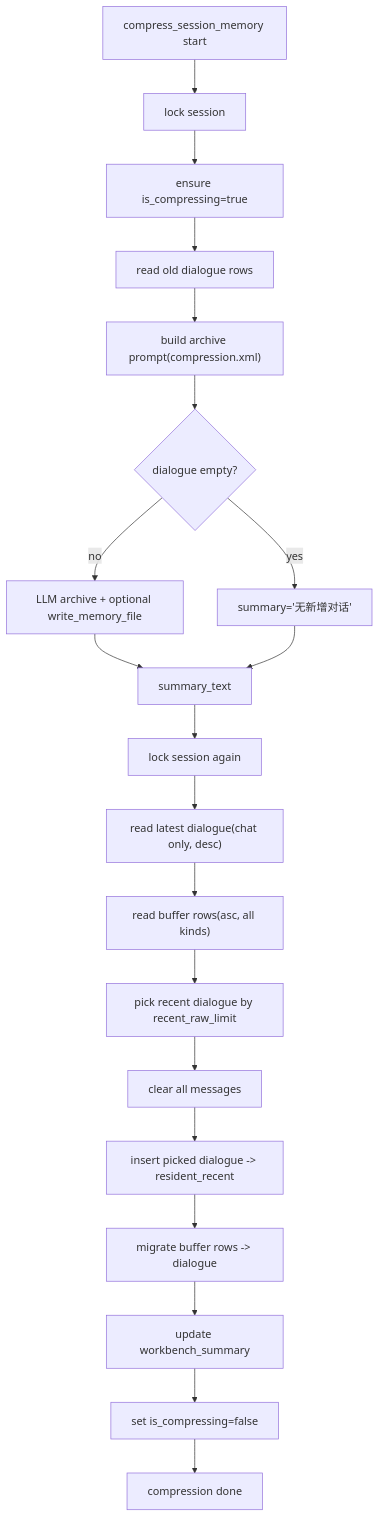
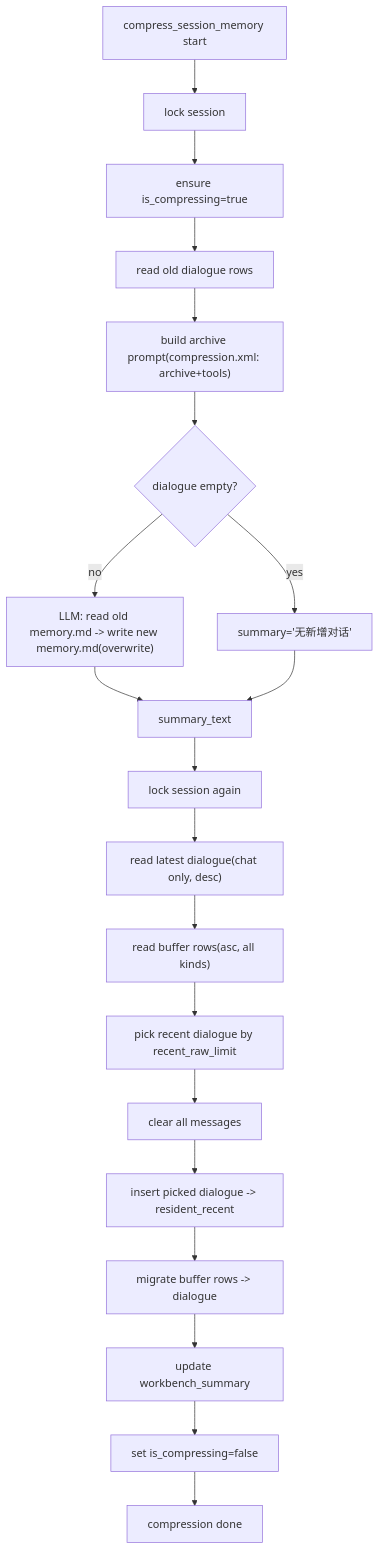
The sixth of 6 diagrams in docs/state_and_persistence.md (tamakara/agent-demo), drawn with Mermaid before and after one commit. The commit also changed other lines of this file and 7 other files, not shown here.

````diff
--- a/docs/state_and_persistence.md
+++ b/docs/state_and_persistence.md
@@ -287,22 +288,22 @@
 ```mermaid
 flowchart TD
     A["compress_session_memory start"] --> B["lock session"]
     B --> C["ensure is_compressing=true"]
     C --> D["read old dialogue rows"]
-    D --> E["build archive prompt(compression.xml)"]
+    D --> E["build archive prompt(compression.xml: archive+tools)"]
     E --> F{"dialogue empty?"}
-    F -- no --> G["LLM archive + optional write_memory_file"]
+    F -- no --> G["LLM: read old memory.md -> write new memory.md(overwrite)"]
     F -- yes --> H["summary='无新增对话'"]
     G --> I["summary_text"]
     H --> I
     I --> J["lock session again"]
     J --> K["read latest dialogue(chat only, desc)"]
     K --> L["read buffer rows(asc, all kinds)"]
     L --> M["pick recent dialogue by recent_raw_limit"]
     M --> N["clear all messages"]
     N --> O["insert picked dialogue -> resident_recent"]
     O --> P["migrate buffer rows -> dialogue"]
     P --> Q["update workbench_summary"]
     Q --> R["set is_compressing=false"]
     R --> S["compression done"]
 ```
````
